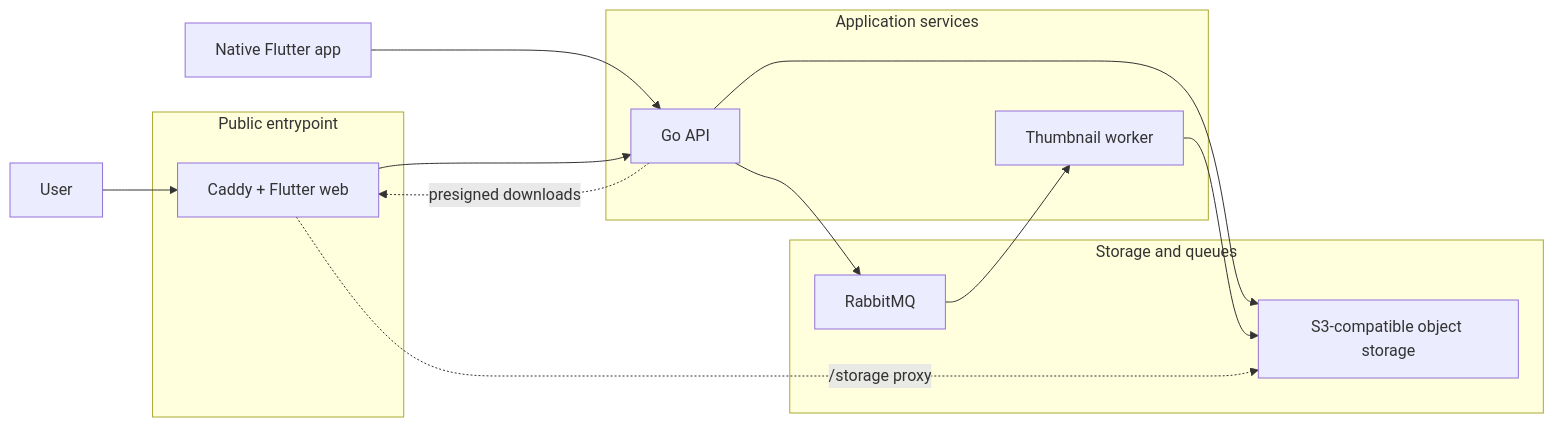
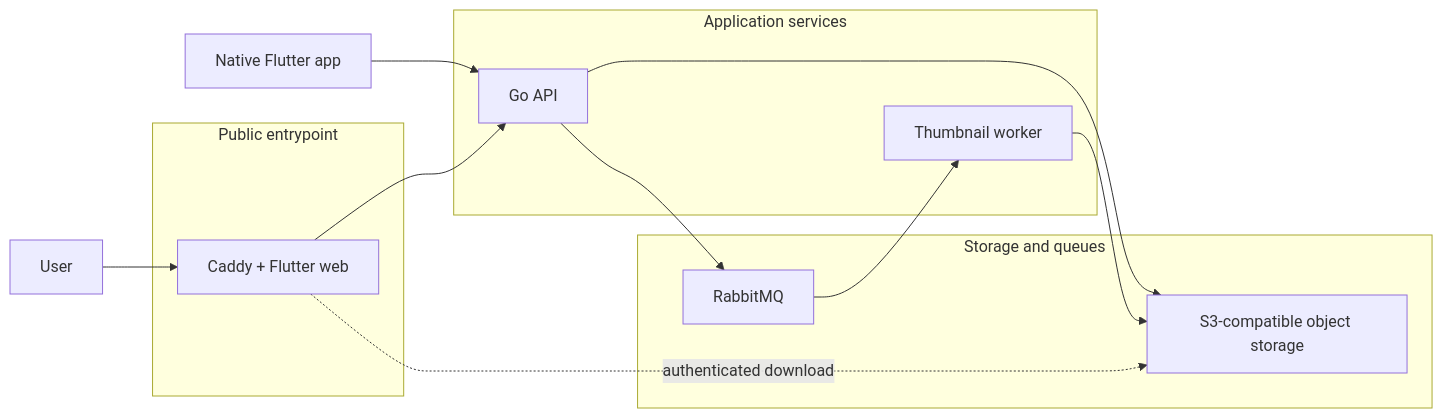
One commit to scrivver/reliquary changed the diagram in README.md. Above: the diagram before and after it, drawn with Mermaid. The commit also changed other lines of this file and 17 other files, not shown here.

````diff
--- a/README.md
+++ b/README.md
@@ -56,31 +56,30 @@
 ```mermaid
 flowchart LR
   user[User]
   native[Native Flutter app]
 
   subgraph ingress[Public entrypoint]
     web[Caddy + Flutter web]
   end
 
   subgraph app[Application services]
     api[Go API]
     worker[Thumbnail worker]
   end
 
   subgraph infra[Storage and queues]
     s3[S3-compatible object storage]
     mq[RabbitMQ]
   end
 
   user --> web
   native --> api
   web --> api
 
   api --> s3
   api --> mq
   mq --> worker
   worker --> s3
 
-  api -. presigned downloads .-> web
-  web -. /storage proxy .-> s3
+  web -. authenticated download .-> s3
 ```
````
